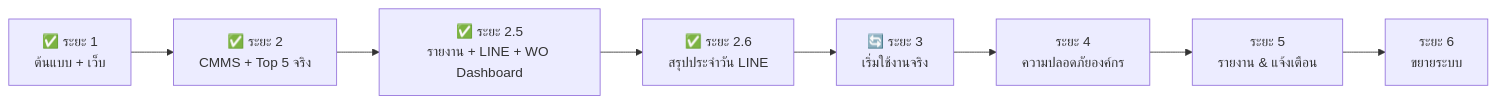
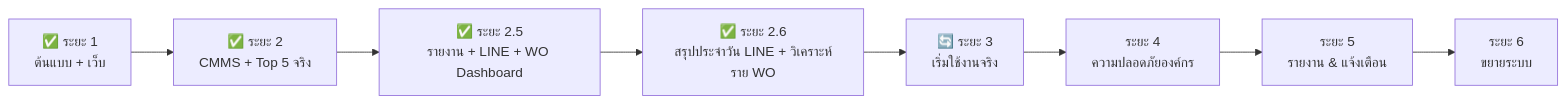
Before and after one commit to piyamonw0423-glitch/P1-CRITICAL-TOP5-MAINTENANCE-PP561011-: the third of 3 diagrams in docs/SYSTEM.md, drawn with Mermaid. The commit also changed other lines of this file, not shown here.

First line of the commit message:
Docs: work log, roadmap and status up to 8 Oct (LINE section order, per-WO >1-year comparison)

````diff
--- a/docs/SYSTEM.md
+++ b/docs/SYSTEM.md
@@ -468,4 +468,4 @@
 ```mermaid
 flowchart LR
-  A["✅ ระยะ 1<br/>ต้นแบบ + เว็บ"] --> B["✅ ระยะ 2<br/>CMMS + Top 5 จริง"] --> B2["✅ ระยะ 2.5<br/>รายงาน + LINE + WO Dashboard"] --> B3["✅ ระยะ 2.6<br/>สรุปประจำวัน LINE"] --> C["🔄 ระยะ 3<br/>เริ่มใช้งานจริง"] --> D["ระยะ 4<br/>ความปลอดภัยองค์กร"] --> E["ระยะ 5<br/>รายงาน & แจ้งเตือน"] --> F["ระยะ 6<br/>ขยายระบบ"]
+  A["✅ ระยะ 1<br/>ต้นแบบ + เว็บ"] --> B["✅ ระยะ 2<br/>CMMS + Top 5 จริง"] --> B2["✅ ระยะ 2.5<br/>รายงาน + LINE + WO Dashboard"] --> B3["✅ ระยะ 2.6<br/>สรุปประจำวัน LINE + วิเคราะห์ราย WO"] --> C["🔄 ระยะ 3<br/>เริ่มใช้งานจริง"] --> D["ระยะ 4<br/>ความปลอดภัยองค์กร"] --> E["ระยะ 5<br/>รายงาน & แจ้งเตือน"] --> F["ระยะ 6<br/>ขยายระบบ"]
 ```
````
